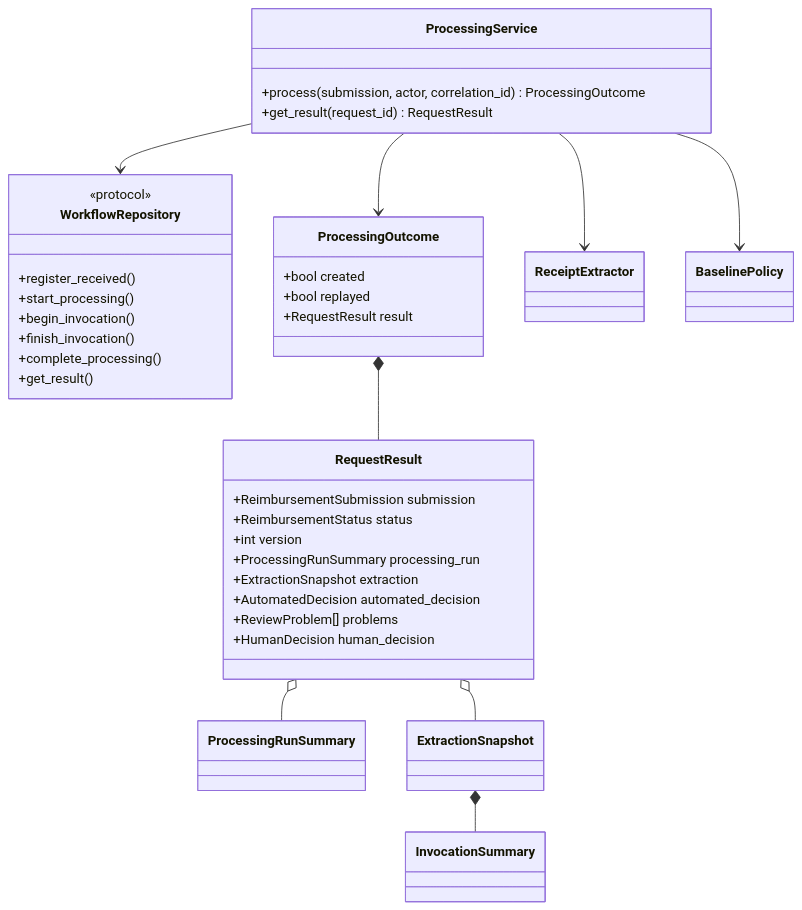
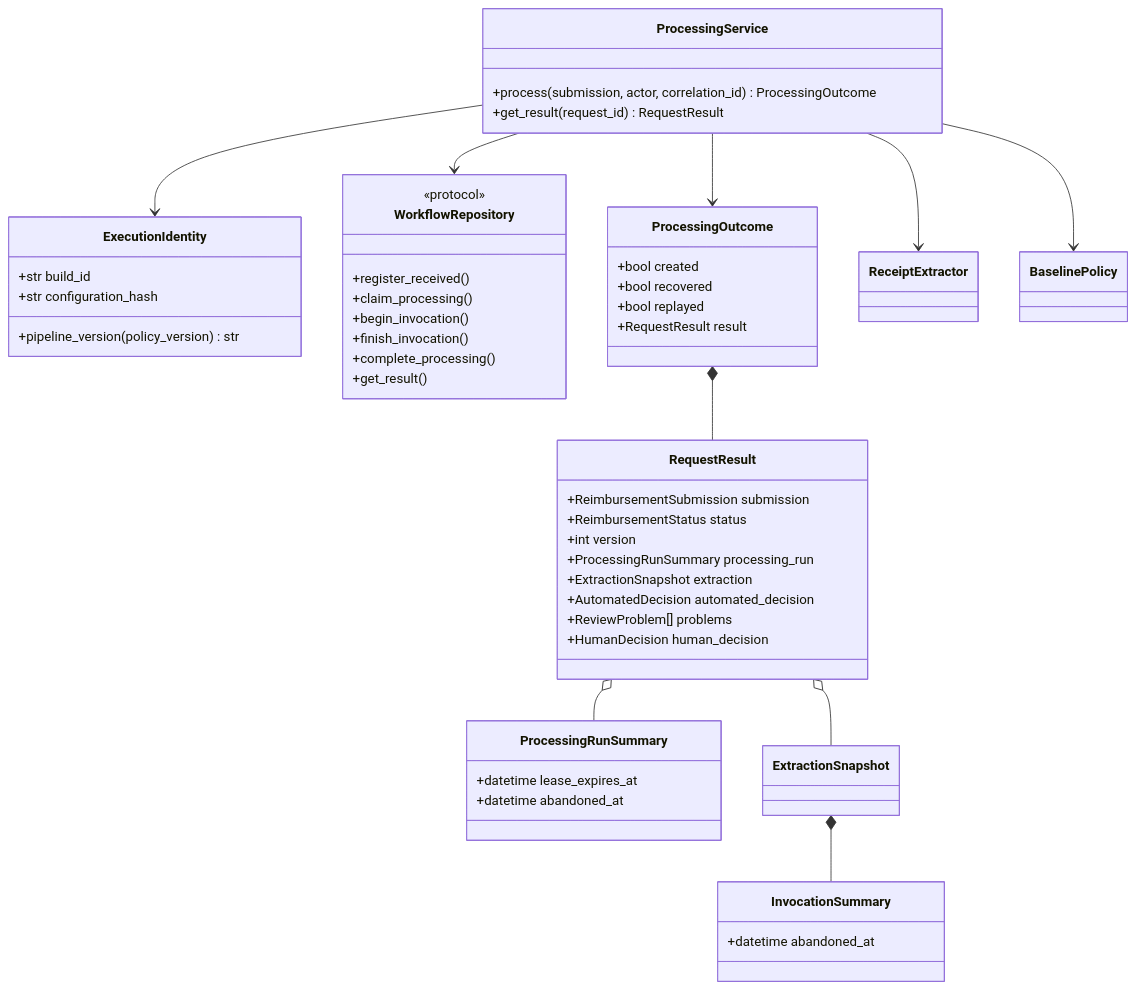
Before and after one commit to Dev-Luigy/automation_luigygabriel: the fifth of 5 diagrams in docs/domain-model.md, drawn with Mermaid. The commit also changed other lines of this file and 10 other files, not shown here.

Commit message:
docs: align architecture and traceability model

````diff
--- a/docs/domain-model.md
+++ b/docs/domain-model.md
@@ -245,43 +315,55 @@
 ```mermaid
 classDiagram
     class ProcessingService {
         +process(submission, actor, correlation_id) ProcessingOutcome
         +get_result(request_id) RequestResult
     }
+    class ExecutionIdentity {
+        +str build_id
+        +str configuration_hash
+        +pipeline_version(policy_version) str
+    }
     class WorkflowRepository {
         <<protocol>>
         +register_received()
-        +start_processing()
+        +claim_processing()
         +begin_invocation()
         +finish_invocation()
         +complete_processing()
         +get_result()
     }
     class ProcessingOutcome {
         +bool created
+        +bool recovered
         +bool replayed
         +RequestResult result
     }
     class RequestResult {
         +ReimbursementSubmission submission
         +ReimbursementStatus status
         +int version
         +ProcessingRunSummary processing_run
         +ExtractionSnapshot extraction
         +AutomatedDecision automated_decision
         +ReviewProblem[] problems
         +HumanDecision human_decision
     }
-    class ProcessingRunSummary
-    class InvocationSummary
+    class ProcessingRunSummary {
+        +datetime lease_expires_at
+        +datetime abandoned_at
+    }
+    class InvocationSummary {
+        +datetime abandoned_at
+    }
     class ExtractionSnapshot
 
     ProcessingService --> WorkflowRepository
+    ProcessingService --> ExecutionIdentity
     ProcessingService --> ReceiptExtractor
     ProcessingService --> BaselinePolicy
     ProcessingService --> ProcessingOutcome
     ProcessingOutcome *-- RequestResult
     RequestResult o-- ProcessingRunSummary
     RequestResult o-- ExtractionSnapshot
     ExtractionSnapshot *-- InvocationSummary
 ```
````
